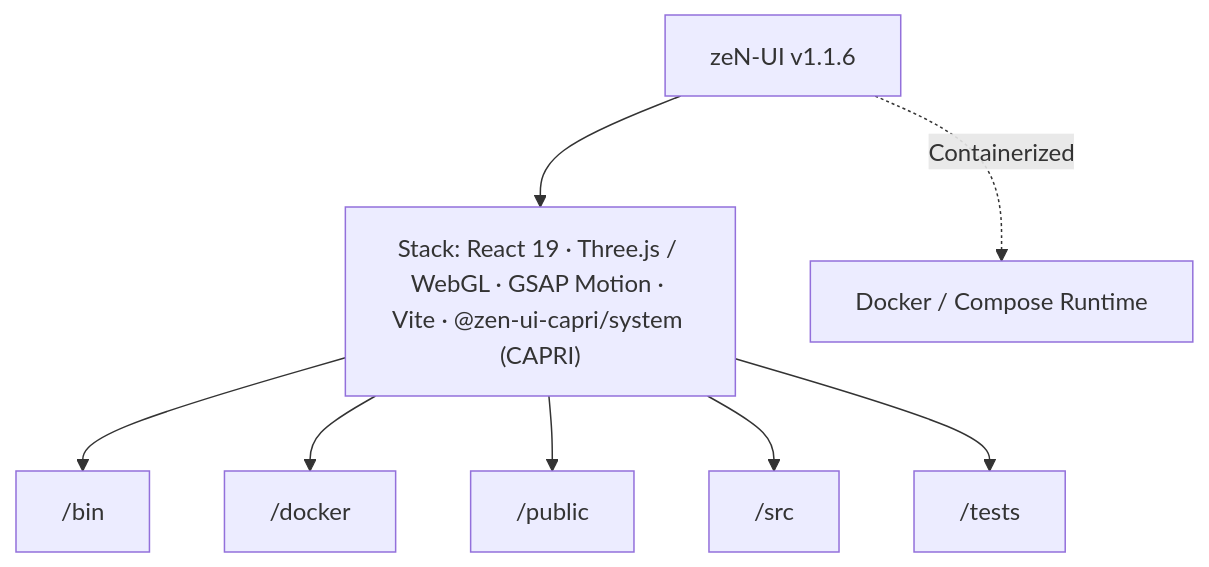
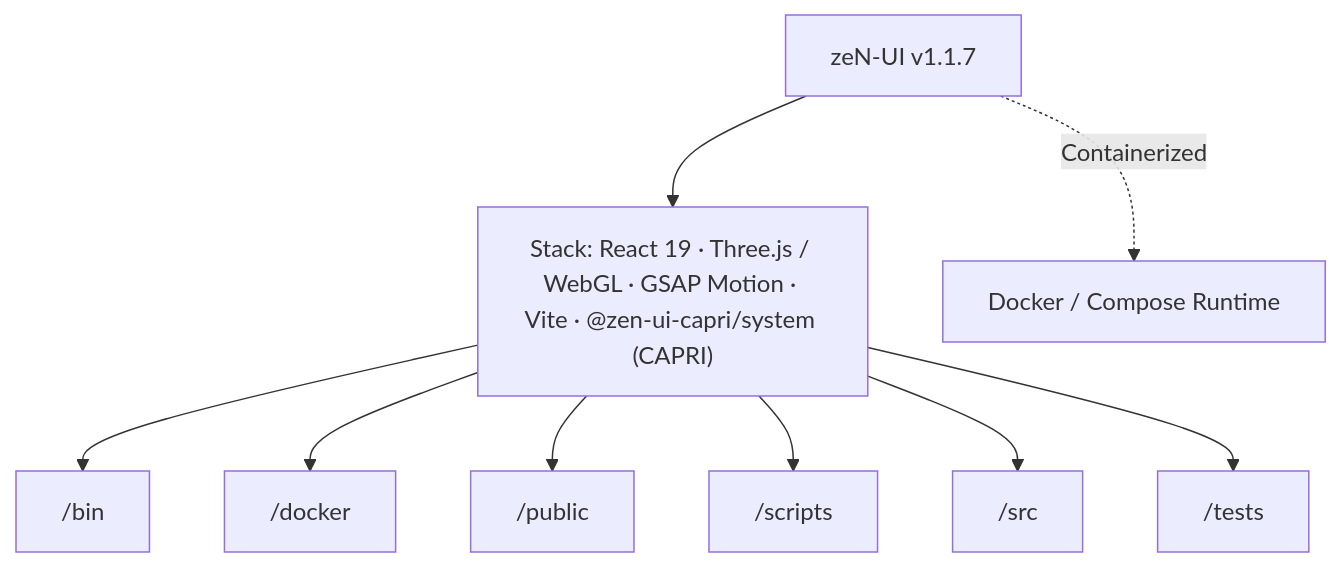
Before and after one commit to lukaspabst/zeN-UI: the diagram in docs/CAPRI-ARCHITECTURE.md, drawn with Mermaid. The commit also changed other lines of this file and 27 other files, not shown here.

````diff
--- a/docs/CAPRI-ARCHITECTURE.md
+++ b/docs/CAPRI-ARCHITECTURE.md
@@ -27,18 +27,20 @@
 ```mermaid
 flowchart TD
-  Repo["zeN-UI v1.1.6"]
+  Repo["zeN-UI v1.1.7"]
   Stack["Stack: React 19 · Three.js / WebGL · GSAP Motion · Vite · @zen-ui-capri/system (CAPRI)"]
   Repo --> Stack
   N0_bin["/bin"]
   Stack --> N0_bin
   N1_docker["/docker"]
   Stack --> N1_docker
   N2_public["/public"]
   Stack --> N2_public
-  N3_src["/src"]
-  Stack --> N3_src
-  N4_tests["/tests"]
-  Stack --> N4_tests
+  N3_scripts["/scripts"]
+  Stack --> N3_scripts
+  N4_src["/src"]
+  Stack --> N4_src
+  N5_tests["/tests"]
+  Stack --> N5_tests
   Docker["Docker / Compose Runtime"]
   Repo -.->|"Containerized"| Docker
 ```
````
